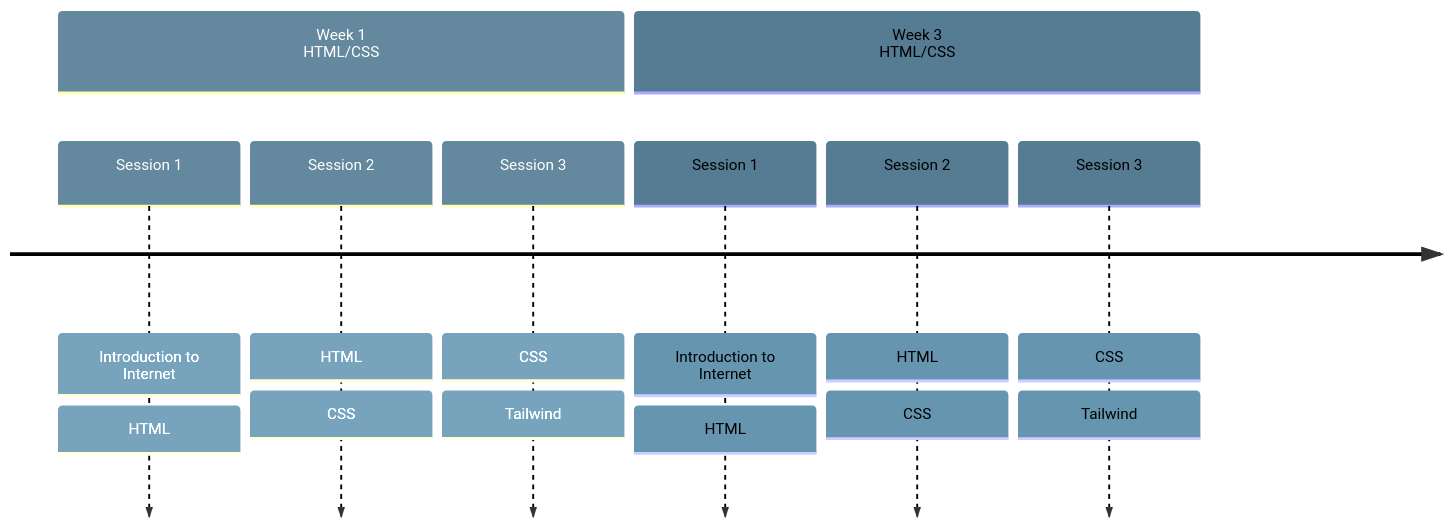
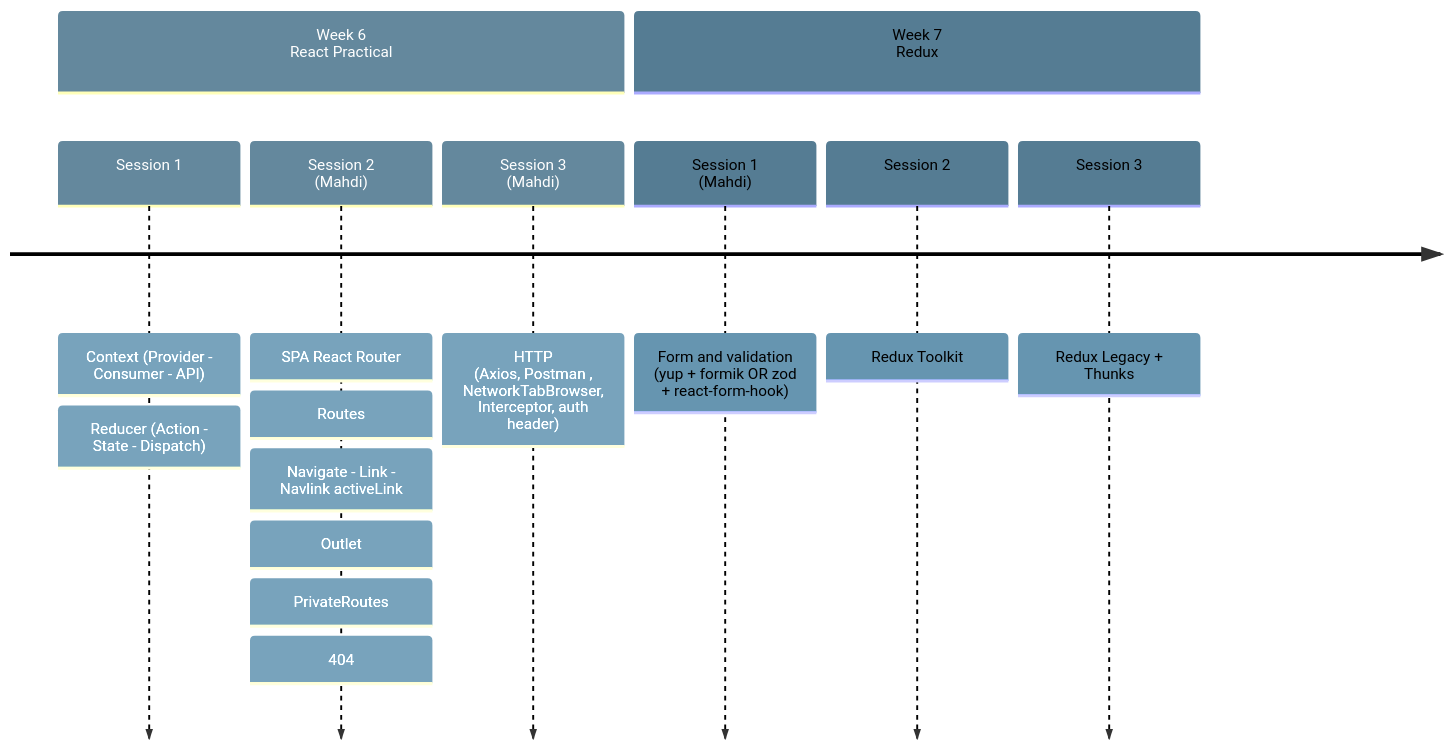
Before and after one commit to aryansabet/FrontendBootcamp: the fourth of 5 diagrams in README.md, drawn with Mermaid. The commit also changed other lines of this file, not shown here.

Commit message:
fix: Add Full Timeline for 8 Weeks

````diff
--- a/README.md
+++ b/README.md
@@ -108,36 +99,41 @@
 ```mermaid
 %%{init: { 'logLevel': 'debug', 'theme': 'default' , 'themeVariables': {
               'cScale0': '#64889D',
               'cScale1': '#557C93',
               'cScale2': '#42657E',
               'cScale3': '#1C3754',
               'cScale4': '#42657E',
               'cScale5': '#557C93',
               'cScale6': '#1C3754',
               'cScale7': '#64889D'
        }  } }%%
 timeline
-    section Week 1 <br> HTML/CSS
+    section Week 6 <br> React Practical
         Session 1 
-            : Introduction to Internet 
-            : HTML 
-        Session 2 
-            : HTML 
-            : CSS
-        Session 3 
-            : CSS 
-            : Tailwind
+            : Context (Provider - Consumer - API)
+            : Reducer (Action - State - Dispatch)
+        Session 2 <br> (Mahdi)
+            : SPA React Router
+            : Routes
+            : Navigate - Link - Navlink activeLink
+            : Outlet
+            : PrivateRoutes
+            : 404
+        Session 3 <br> (Mahdi)
+            : HTTP <br> (Axios, Postman , NetworkTabBrowser, Interceptor, auth  header)
 
-    section Week 3 <br> HTML/CSS
-        Session 1 
-            : Introduction to Internet 
-            : HTML 
-        Session 2 
-            : HTML 
-            : CSS
-        Session 3 
-            : CSS 
-            : Tailwind
+    section Week 7 <br> Redux            
+        Session 1 <br> (Mahdi)
+            : Form and validation <br> (yup + formik OR zod + react-form-hook)
+        Session 2
+            : Redux Toolkit
+        Session 3
+            : Redux Legacy + Thunks
+                
+
+
+
+
 
 
 ```
````
